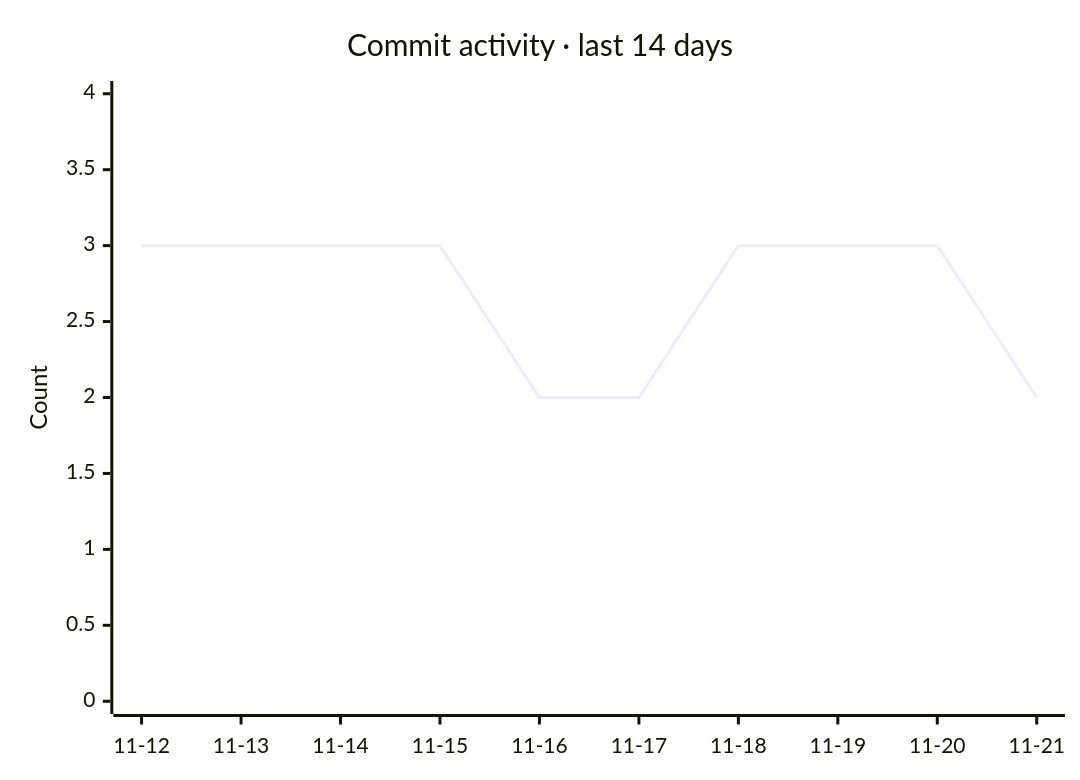
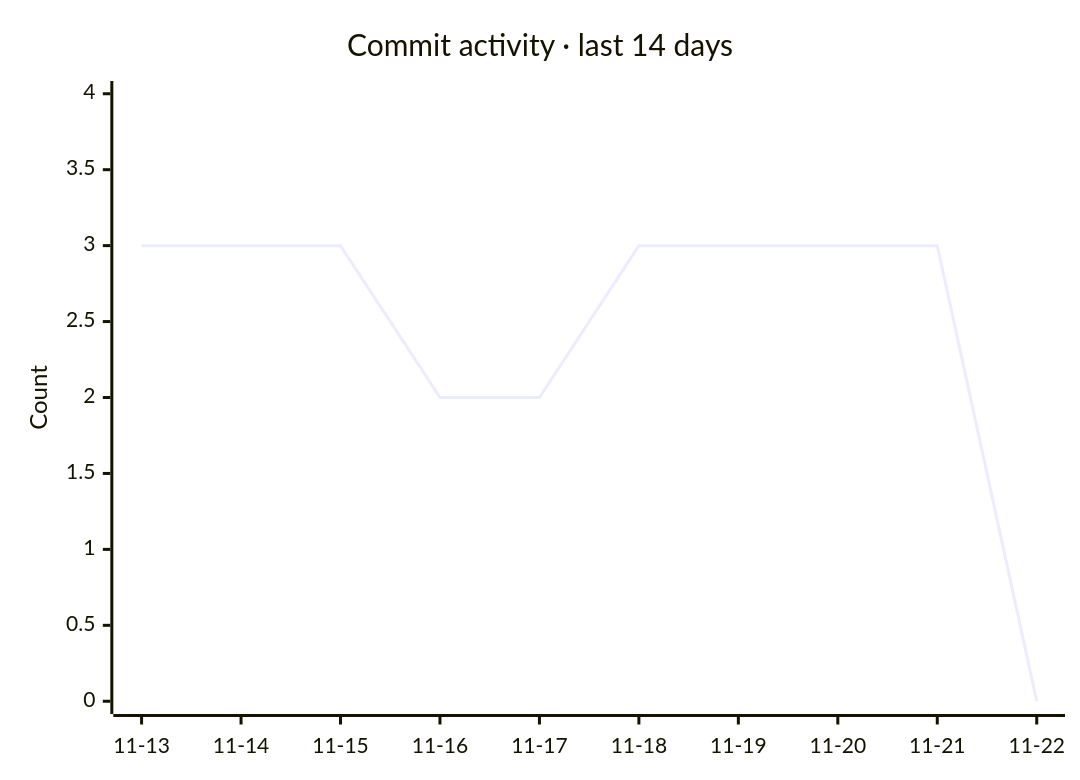
Before and after one commit to razzaqinspires/whiskay-bot: the second of 2 diagrams in README.md, drawn with Mermaid. The commit also changed other lines of this file and 2 other files, not shown here.

Commit message:
chore(metrics): refresh GitHub traffic and update timestamp [skip ci]

````diff
--- a/README.md
+++ b/README.md
@@ -329,7 +329,7 @@
 ```mermaid
 xychart-beta
     title "Commit activity · last 14 days"
-    x-axis ["11-12", "11-13", "11-14", "11-15", "11-16", "11-17", "11-18", "11-19", "11-20", "11-21"]
+    x-axis ["11-13", "11-14", "11-15", "11-16", "11-17", "11-18", "11-19", "11-20", "11-21", "11-22"]
     y-axis "Count" 0 --> 4
-    line [3, 3, 3, 3, 2, 2, 3, 3, 3, 2]
+    line [3, 3, 3, 2, 2, 3, 3, 3, 3, 0]
 ```
````
